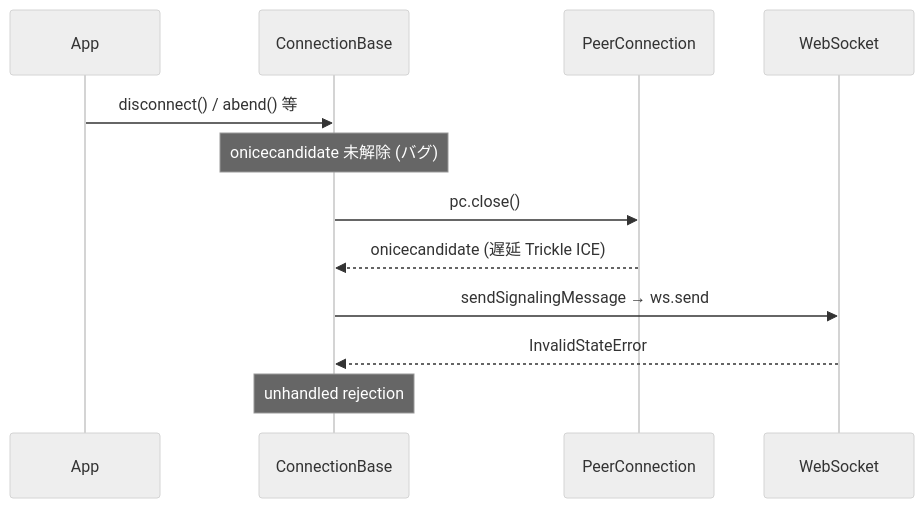
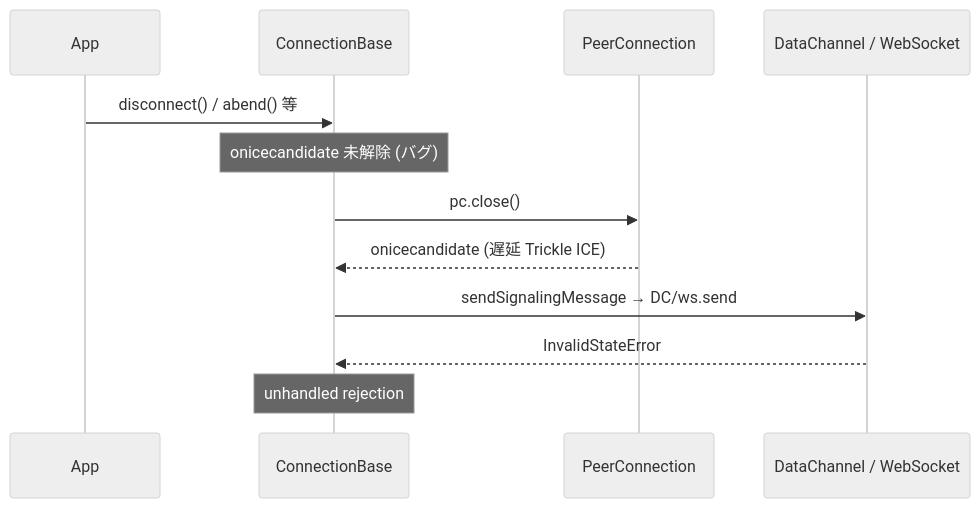
Before and after one commit to shiguredo/sora-js-sdk: the diagram in issues/0009-bug-fix-onicecandidate-not-cleared-after-disconnect.md, drawn with Mermaid (neutral theme). The commit also changed other lines of this file and 33 other files, not shown here.

````diff
--- a/issues/0009-bug-fix-onicecandidate-not-cleared-after-disconnect.md
+++ b/issues/0009-bug-fix-onicecandidate-not-cleared-after-disconnect.md
@@ -20,15 +23,15 @@
 ```mermaid
 sequenceDiagram
     participant App
     participant SDK as ConnectionBase
     participant PC as PeerConnection
-    participant WS as WebSocket
+    participant Sig as DataChannel / WebSocket
 
     App->>SDK: disconnect() / abend() 等
     Note over SDK: onicecandidate 未解除 (バグ)
     SDK->>PC: pc.close()
     PC-->>SDK: onicecandidate (遅延 Trickle ICE)
-    SDK->>WS: sendSignalingMessage → ws.send
-    WS-->>SDK: InvalidStateError
+    SDK->>Sig: sendSignalingMessage → DC/ws.send
+    Sig-->>SDK: InvalidStateError
     Note over SDK: unhandled rejection
 ```
````
